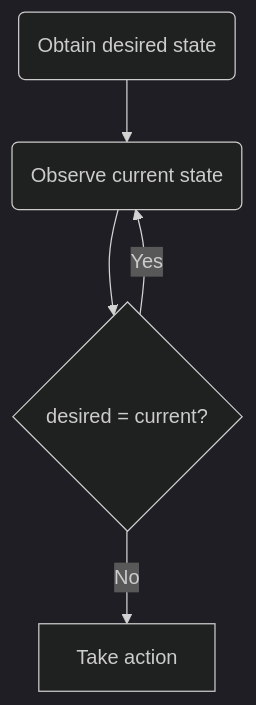
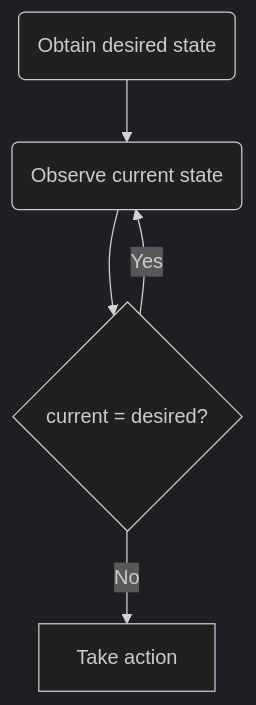
The diagram in docs/overview.md (Braundo/kubernetes-guide), drawn with Mermaid (dark theme) before and after one commit. The commit also changed other lines of this file, not shown here.

````diff
--- a/docs/overview.md
+++ b/docs/overview.md
@@ -30,7 +30,7 @@
 ``` mermaid
 flowchart TD
     A(Obtain desired state) --> B(Observe current state)
-    B --> C{desired = current?}
+    B --> C{current = desired?}
     C -->|Yes| B
     C -->|No| E[Take action]
 ```
````
